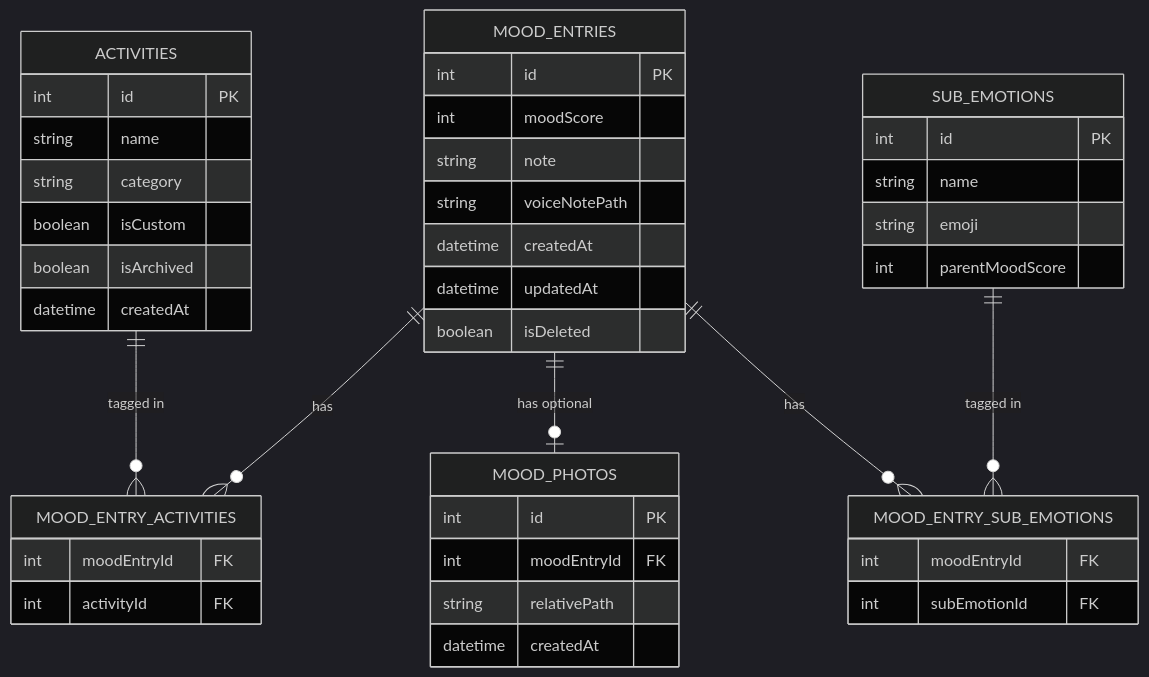
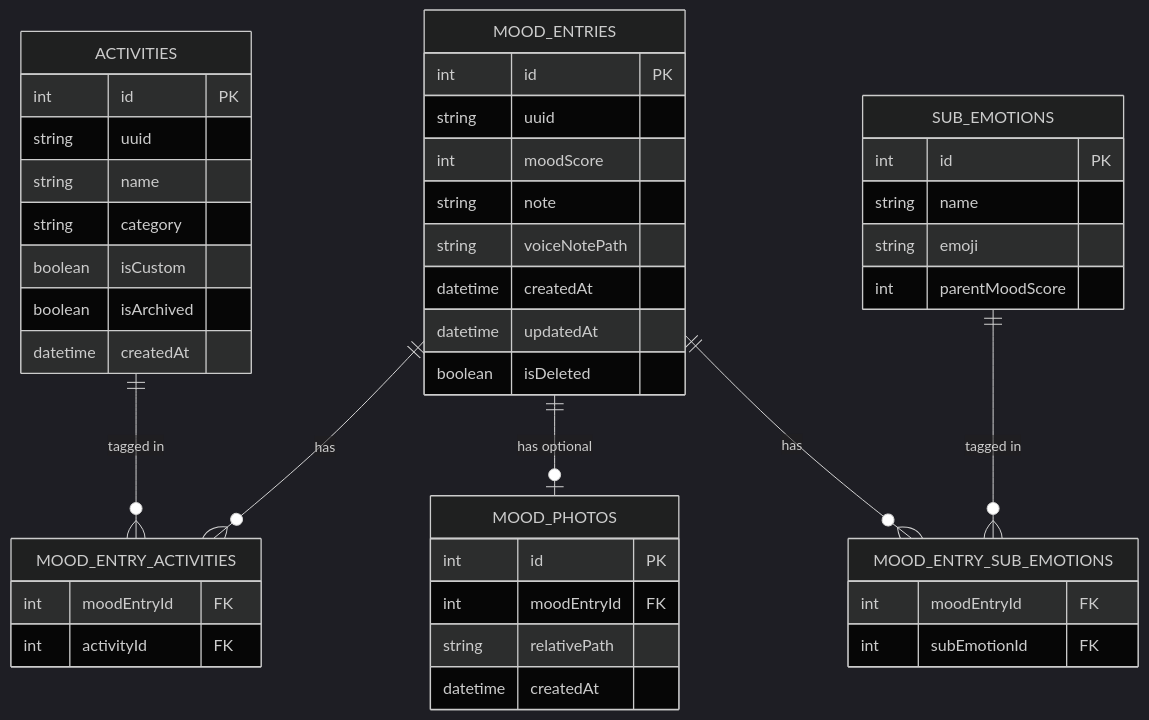
The diagram in data_model.md (lehieu2003/Daily-Mood), drawn with Mermaid (dark theme) before and after one commit. The commit also changed other lines of this file and 7 other files, not shown here.

````diff
--- a/data_model.md
+++ b/data_model.md
@@ -12,51 +13,53 @@
 ```mermaid
 erDiagram
     MOOD_ENTRIES ||--o{ MOOD_ENTRY_ACTIVITIES : "has"
     ACTIVITIES ||--o{ MOOD_ENTRY_ACTIVITIES : "tagged in"
     MOOD_ENTRIES ||--o| MOOD_PHOTOS : "has optional"
     MOOD_ENTRIES ||--o{ MOOD_ENTRY_SUB_EMOTIONS : "has"
     SUB_EMOTIONS ||--o{ MOOD_ENTRY_SUB_EMOTIONS : "tagged in"
 
     MOOD_ENTRIES {
         int id PK
+        string uuid
         int moodScore
         string note
         string voiceNotePath
         datetime createdAt
         datetime updatedAt
         boolean isDeleted
     }
 
     SUB_EMOTIONS {
         int id PK
         string name
         string emoji
         int parentMoodScore
     }
 
     MOOD_ENTRY_SUB_EMOTIONS {
         int moodEntryId FK
         int subEmotionId FK
     }
 
     ACTIVITIES {
         int id PK
+        string uuid
         string name
         string category
         boolean isCustom
         boolean isArchived
         datetime createdAt
     }
 
     MOOD_ENTRY_ACTIVITIES {
         int moodEntryId FK
         int activityId FK
     }
 
     MOOD_PHOTOS {
         int id PK
         int moodEntryId FK
         string relativePath
         datetime createdAt
     }
 ```
````
